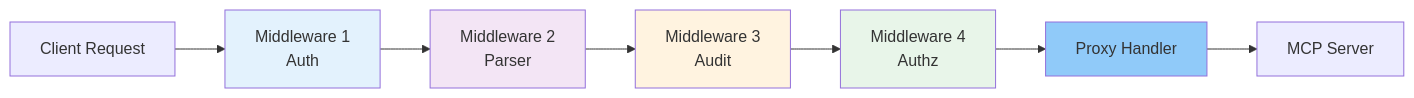
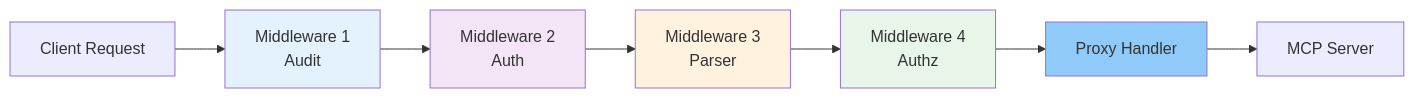
Before and after one commit to stacklok/toolhive: the fourth of 5 diagrams in docs/arch/03-transport-architecture.md, drawn with Mermaid. The commit also changed 13 other files, not shown here.

````diff
--- a/docs/arch/03-transport-architecture.md
+++ b/docs/arch/03-transport-architecture.md
@@ -212,15 +212,15 @@
 ```mermaid
 graph LR
-    Client[Client Request] --> MW1[Middleware 1<br/>Auth]
-    MW1 --> MW2[Middleware 2<br/>Parser]
-    MW2 --> MW3[Middleware 3<br/>Audit]
+    Client[Client Request] --> MW1[Middleware 1<br/>Audit]
+    MW1 --> MW2[Middleware 2<br/>Auth]
+    MW2 --> MW3[Middleware 3<br/>Parser]
     MW3 --> MW4[Middleware 4<br/>Authz]
     MW4 --> Proxy[Proxy Handler]
     Proxy --> Container[MCP Server]
 
     style MW1 fill:#e3f2fd
     style MW2 fill:#f3e5f5
     style MW3 fill:#fff3e0
     style MW4 fill:#e8f5e9
     style Proxy fill:#90caf9
 ```
````
